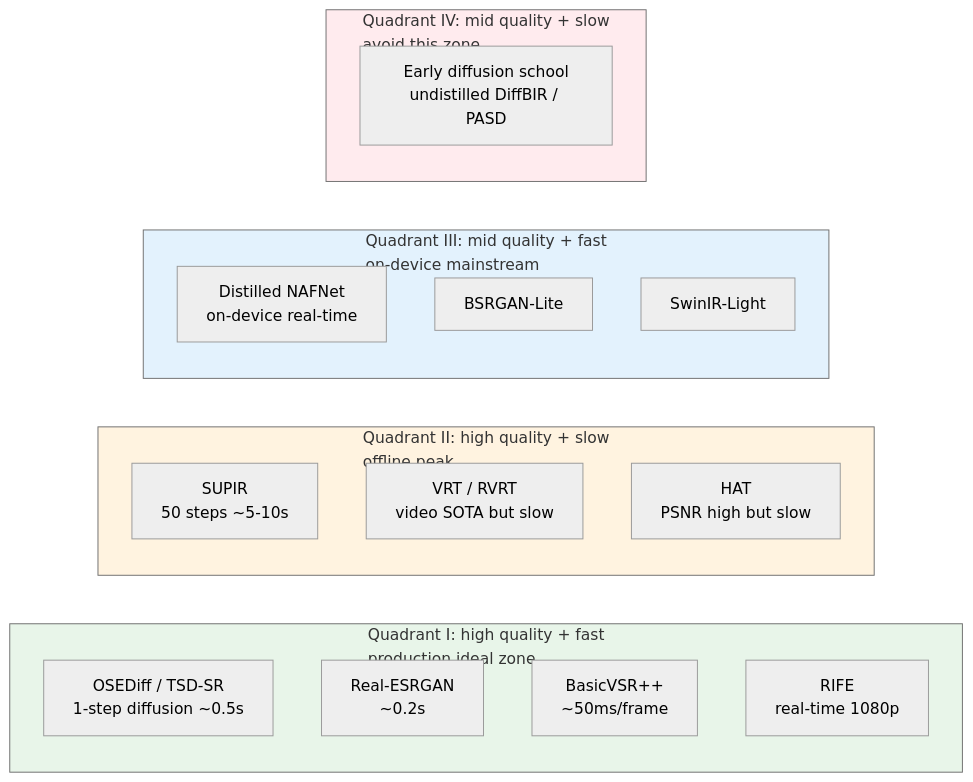
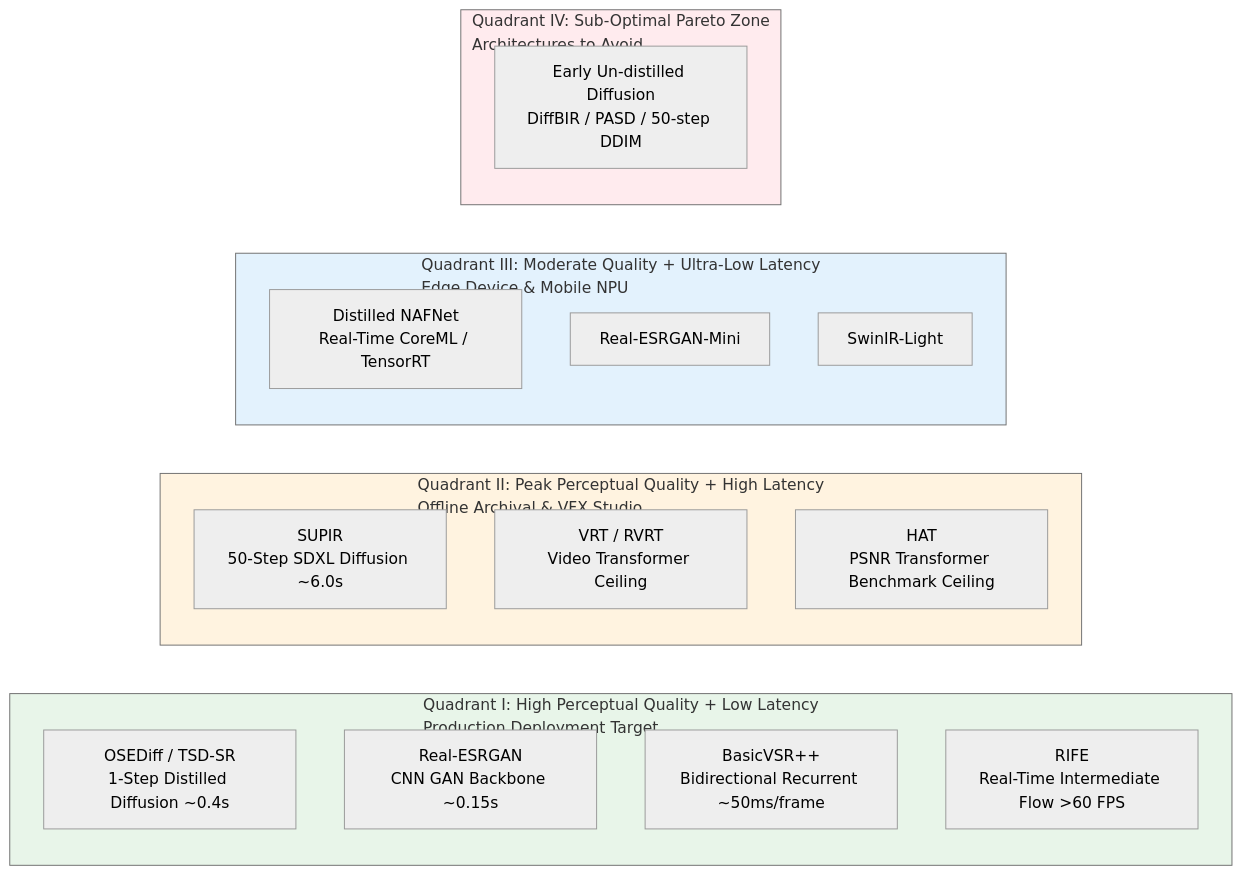
Before and after one commit to yingwang/image-enhancement-guide: the second of 3 diagrams in en/chapters/18-sota.md, drawn with Mermaid (neutral theme). The commit also changed other lines of this file and 18 other files, not shown here.

````diff
--- a/en/chapters/18-sota.md
+++ b/en/chapters/18-sota.md
@@ -107,30 +42,30 @@
 ```mermaid
 graph LR
-    subgraph Q1[Quadrant I: high quality + fast<br/>production ideal zone]
-        OSE[OSEDiff / TSD-SR<br/>1-step diffusion ~0.5s]
-        REAL[Real-ESRGAN<br/>~0.2s]
-        BVP[BasicVSR++<br/>~50ms/frame]
-        RIFE_M[RIFE<br/>real-time 1080p]
+    subgraph Q1[Quadrant I: High Perceptual Quality + Low Latency<br/>Production Deployment Target]
+        OSE[OSEDiff / TSD-SR<br/>1-Step Distilled Diffusion ~0.4s]
+        REAL[Real-ESRGAN<br/>CNN GAN Backbone ~0.15s]
+        BVP[BasicVSR++<br/>Bidirectional Recurrent ~50ms/frame]
+        RIFE_M[RIFE<br/>Real-Time Intermediate Flow >60 FPS]
     end
 
-    subgraph Q2[Quadrant II: high quality + slow<br/>offline peak]
-        SUPIR_M[SUPIR<br/>50 steps ~5-10s]
-        VRT[VRT / RVRT<br/>video SOTA but slow]
-        HAT_M[HAT<br/>PSNR high but slow]
+    subgraph Q2[Quadrant II: Peak Perceptual Quality + High Latency<br/>Offline Archival & VFX Studio]
+        SUPIR_M[SUPIR<br/>50-Step SDXL Diffusion ~6.0s]
+        VRT[VRT / RVRT<br/>Video Transformer Ceiling]
+        HAT_M[HAT<br/>PSNR Transformer Benchmark Ceiling]
     end
 
-    subgraph Q3[Quadrant III: mid quality + fast<br/>on-device mainstream]
-        NAF[Distilled NAFNet<br/>on-device real-time]
-        BSR_M[BSRGAN-Lite]
+    subgraph Q3[Quadrant III: Moderate Quality + Ultra-Low Latency<br/>Edge Device & Mobile NPU]
+        NAF[Distilled NAFNet<br/>Real-Time CoreML / TensorRT]
+        BSR_M[Real-ESRGAN-Mini]
         SwinIR_L[SwinIR-Light]
     end
 
-    subgraph Q4[Quadrant IV: mid quality + slow<br/>avoid this zone]
-        OLD[Early diffusion school<br/>undistilled DiffBIR / PASD]
+    subgraph Q4[Quadrant IV: Sub-Optimal Pareto Zone<br/>Architectures to Avoid]
+        OLD[Early Un-distilled Diffusion<br/>DiffBIR / PASD / 50-step DDIM]
     end
 
     style Q1 fill:#e8f5e9
     style Q2 fill:#fff3e0
     style Q3 fill:#e3f2fd
     style Q4 fill:#ffebee
 ```
````
